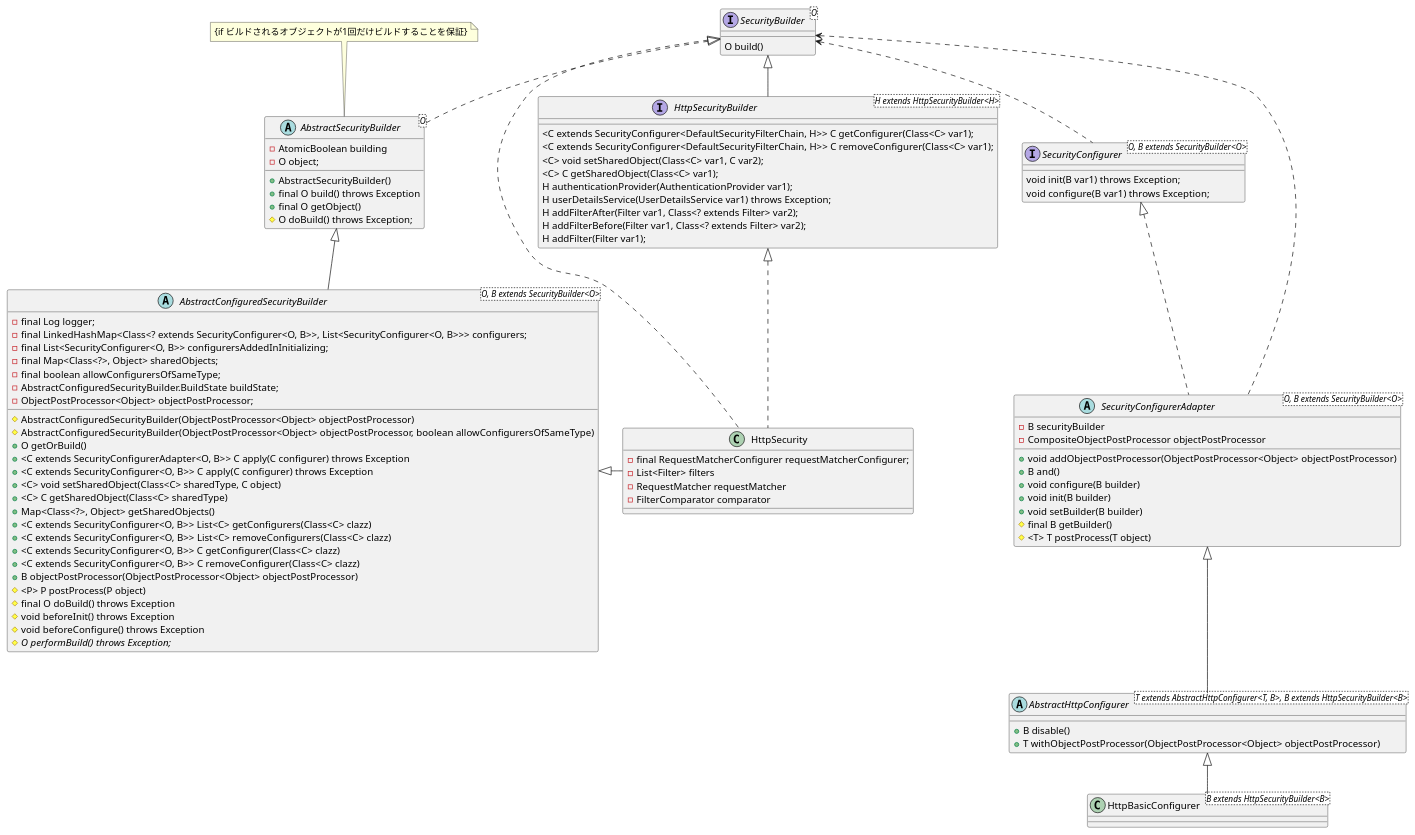
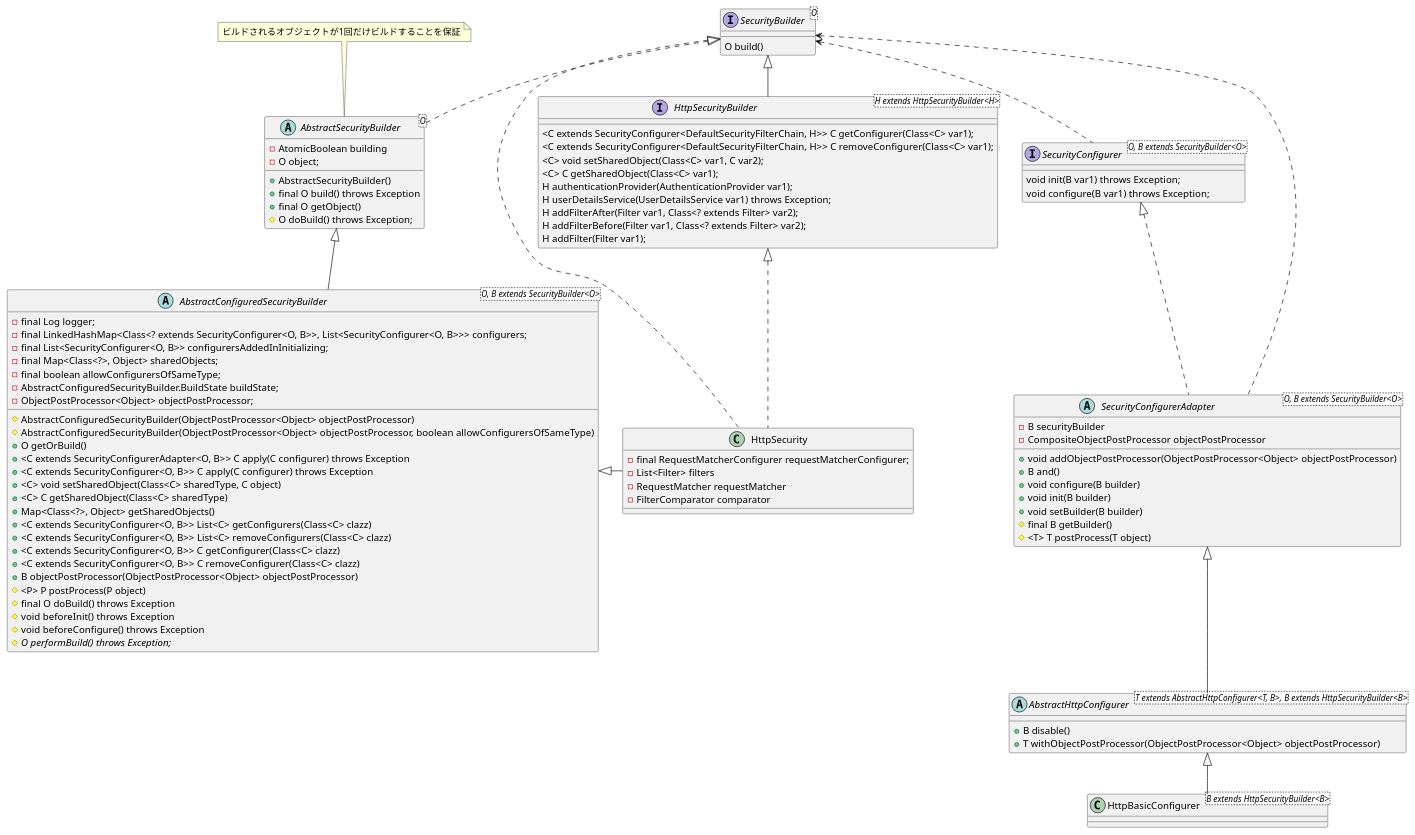
The diagram in spring_security_in_action/about_HttpSecurity.puml (nannany/reading_memo), drawn with PlantUML before and after one commit. The commit also changed 1 other file, not shown here.

```diff
--- a/spring_security_in_action/about_HttpSecurity.puml
+++ b/spring_security_in_action/about_HttpSecurity.puml
@@ -1,109 +1,109 @@
 @startuml
 
 interface SecurityBuilder<O> {
   O build()
 }
 interface HttpSecurityBuilder<H extends HttpSecurityBuilder<H>> {
   <C extends SecurityConfigurer<DefaultSecurityFilterChain, H>> C getConfigurer(Class<C> var1);
   <C extends SecurityConfigurer<DefaultSecurityFilterChain, H>> C removeConfigurer(Class<C> var1);
   <C> void setSharedObject(Class<C> var1, C var2);
   <C> C getSharedObject(Class<C> var1);
   H authenticationProvider(AuthenticationProvider var1);
   H userDetailsService(UserDetailsService var1) throws Exception;
   H addFilterAfter(Filter var1, Class<? extends Filter> var2);
   H addFilterBefore(Filter var1, Class<? extends Filter> var2);
   H addFilter(Filter var1);
 }
 
 interface SecurityConfigurer<O, B extends SecurityBuilder<O>>{
   void init(B var1) throws Exception;
   void configure(B var1) throws Exception;
 }
 
 abstract AbstractSecurityBuilder<O> {
   - AtomicBoolean building
   - O object;
   + AbstractSecurityBuilder()
   + final O build() throws Exception
   + final O getObject()
   # O doBuild() throws Exception;
 }
 abstract AbstractConfiguredSecurityBuilder<O, B extends SecurityBuilder<O>> {
   - final Log logger;
   - final LinkedHashMap<Class<? extends SecurityConfigurer<O, B>>, List<SecurityConfigurer<O, B>>> configurers;
   - final List<SecurityConfigurer<O, B>> configurersAddedInInitializing;
   - final Map<Class<?>, Object> sharedObjects;
   - final boolean allowConfigurersOfSameType;
   - AbstractConfiguredSecurityBuilder.BuildState buildState;
   - ObjectPostProcessor<Object> objectPostProcessor;
 
   # AbstractConfiguredSecurityBuilder(ObjectPostProcessor<Object> objectPostProcessor)
   # AbstractConfiguredSecurityBuilder(ObjectPostProcessor<Object> objectPostProcessor, boolean allowConfigurersOfSameType)
   + O getOrBuild()
   + <C extends SecurityConfigurerAdapter<O, B>> C apply(C configurer) throws Exception
   + <C extends SecurityConfigurer<O, B>> C apply(C configurer) throws Exception
   + <C> void setSharedObject(Class<C> sharedType, C object)
   + <C> C getSharedObject(Class<C> sharedType)
   + Map<Class<?>, Object> getSharedObjects()
   + <C extends SecurityConfigurer<O, B>> List<C> getConfigurers(Class<C> clazz)
   + <C extends SecurityConfigurer<O, B>> List<C> removeConfigurers(Class<C> clazz)
   + <C extends SecurityConfigurer<O, B>> C getConfigurer(Class<C> clazz)
   + <C extends SecurityConfigurer<O, B>> C removeConfigurer(Class<C> clazz)
   + B objectPostProcessor(ObjectPostProcessor<Object> objectPostProcessor)
   # <P> P postProcess(P object)
   # final O doBuild() throws Exception
   # void beforeInit() throws Exception
   # void beforeConfigure() throws Exception
   # {abstract} O performBuild() throws Exception;
 }
 
 abstract SecurityConfigurerAdapter<O, B extends SecurityBuilder<O>> {
   - B securityBuilder
   - CompositeObjectPostProcessor objectPostProcessor
 
 	+ void addObjectPostProcessor(ObjectPostProcessor<Object> objectPostProcessor)
   + B and()
   + void configure(B builder)
   + void init(B builder)
   + void setBuilder(B builder)
   # final B getBuilder()
   # <T> T postProcess(T object)
 }
 
 class HttpSecurity {
 	- final RequestMatcherConfigurer requestMatcherConfigurer;
 	- List<Filter> filters
 	- RequestMatcher requestMatcher
 	- FilterComparator comparator
 
 
 }
 
 abstract AbstractHttpConfigurer<T extends AbstractHttpConfigurer<T, B>, B extends HttpSecurityBuilder<B>>{
   + B disable()
   + T withObjectPostProcessor(ObjectPostProcessor<Object> objectPostProcessor)
 }
 
 class HttpBasicConfigurer<B extends HttpSecurityBuilder<B>> {
 }
 
 
 SecurityBuilder <|.. HttpSecurity
 SecurityBuilder <|.. AbstractSecurityBuilder
 SecurityBuilder <|- HttpSecurityBuilder
 HttpSecurityBuilder <|.. HttpSecurity
 AbstractSecurityBuilder <|-- AbstractConfiguredSecurityBuilder
 AbstractConfiguredSecurityBuilder <|- HttpSecurity
 
 SecurityConfigurer <|.. SecurityConfigurerAdapter
 SecurityConfigurerAdapter <|-- AbstractHttpConfigurer
 AbstractHttpConfigurer <|-- HttpBasicConfigurer
 
 SecurityBuilder <.. SecurityConfigurer
 SecurityBuilder <.. SecurityConfigurerAdapter
 
 
 note top of AbstractSecurityBuilder
-     {if ビルドされるオブジェクトが1回だけビルドすることを保証}
+     ビルドされるオブジェクトが1回だけビルドすることを保証
 end note
 @enduml
```
